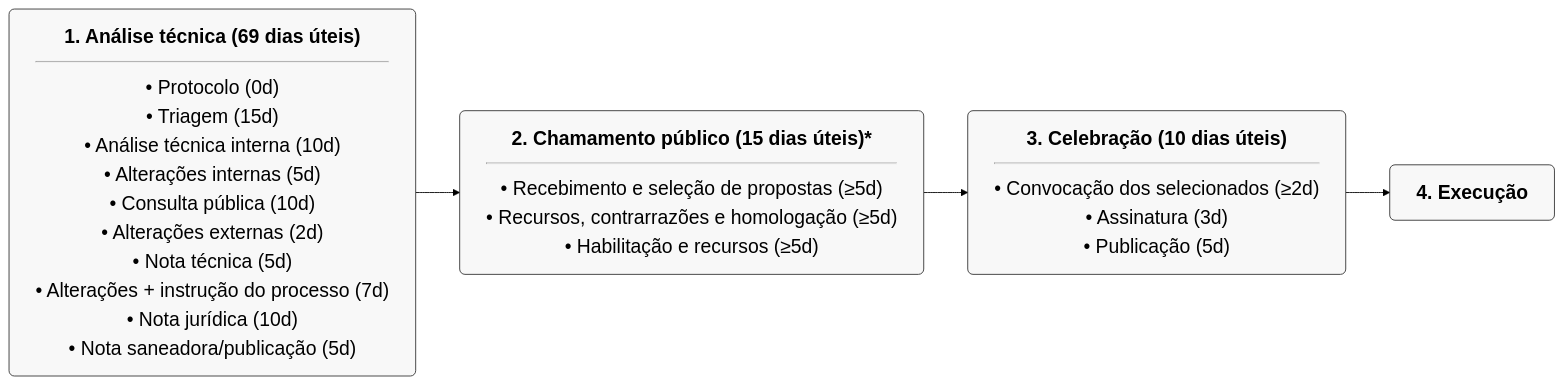
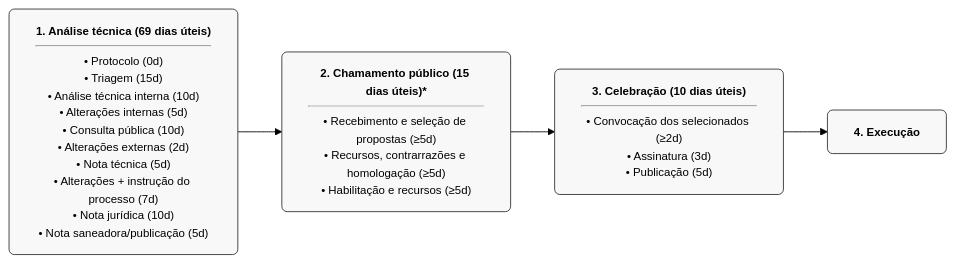
The fourth of 7 diagrams in docs/intro/dicas.md (iepha-mg/manual.appi), drawn with Mermaid (forest theme) before and after one commit. The commit also changed other lines of this file and 5 other files, not shown here.

````diff
--- a/docs/intro/dicas.md
+++ b/docs/intro/dicas.md
@@ -70,13 +70,13 @@
     ```mermaid
-    %%{init: { 'flowchart': { 'htmlLabels': true, 'wrappingWidth': 900 }, 'maxTextSize': 90000 }}%%
+    %%{init: { 'flowchart': { 'htmlLabels': true }, 'maxTextSize': 90000 }}%%
     flowchart LR
         B1["<b>1. Análise técnica (69 dias úteis)</b><hr>• Protocolo (0d)<br>• Triagem (15d)<br>• Análise técnica interna (10d)<br>• Alterações internas (5d)<br>• Consulta pública (10d)<br>• Alterações externas (2d)<br>• Nota técnica (5d)<br>• Alterações + instrução do processo (7d)<br>• Nota jurídica (10d)<br>• Nota saneadora/publicação (5d)"]
         B2["<b>2. Chamamento público (15 dias úteis)*</b><hr>• Recebimento e seleção de propostas (≥5d)<br>• Recursos, contrarrazões e homologação (≥5d)<br>• Habilitação e recursos (≥5d)"]
         B3["<b>3. Celebração (10 dias úteis)</b><hr>• Convocação dos selecionados (≥2d)<br>• Assinatura (3d)<br>• Publicação (5d)"]
         B4["<b>4. Execução</b>"]
 
         B1 --> B2
         B2 --> B3
         B3 --> B4
-        classDef default stroke:#333,stroke-width:1px,fill:#f8f8f8,rx:6,ry:6,font-size:22px;
+        classDef default stroke:#333,stroke-width:1px,fill:#f8f8f8,rx:6,ry:6,font-size:13px;
     ```
````
